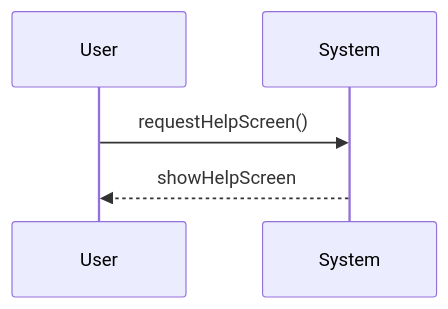
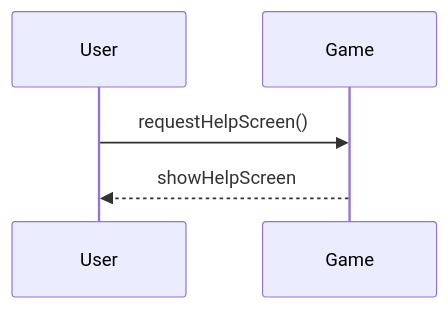
Before and after one commit to Shamdan17/Bricking_Bad: the diagram in system-sequence-diagrams/access-help-screen.md, drawn with Mermaid. The commit also changed other lines of this file and 14 other files, not shown here.

Commit message:
change all instances of system to game

````diff
--- a/system-sequence-diagrams/access-help-screen.md
+++ b/system-sequence-diagrams/access-help-screen.md
@@ -3,7 +3,7 @@
 ```mermaid
 sequenceDiagram
 participant User
-participant System
-User->> System: requestHelpScreen()
-System-->>User: showHelpScreen
+participant Game
+User->> Game: requestHelpScreen()
+Game-->>User: showHelpScreen
 ```
````
